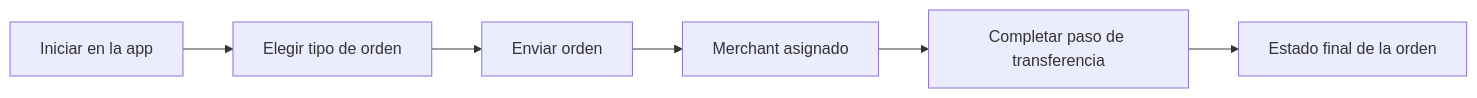
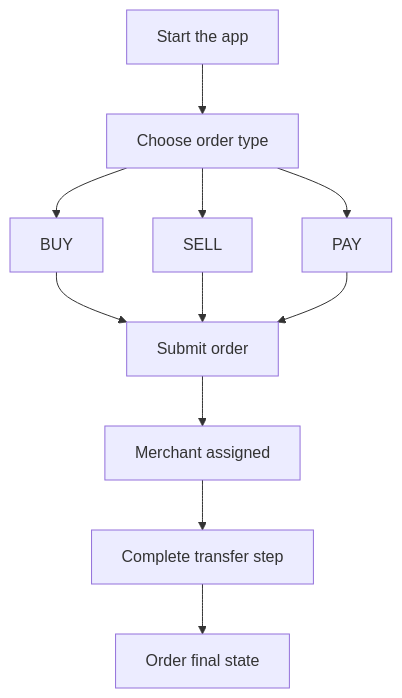
Before and after one commit to uditstocks/docs.p2pdotme: the diagram in translations/es/for-users/how-to-place-an-order.md, drawn with Mermaid. The commit also changed other lines of this file and 263 other files, not shown here.

````diff
--- a/translations/es/for-users/how-to-place-an-order.md
+++ b/translations/es/for-users/how-to-place-an-order.md
@@ -13,8 +13,13 @@
 ```mermaid
-flowchart LR
-    start[Iniciar en la app] --> choose[Elegir tipo de orden]
-    choose --> submit[Enviar orden]
-    submit --> assign[Merchant asignado]
-    assign --> transfer[Completar paso de transferencia]
-    transfer --> finish[Estado final de la orden]
+flowchart TD
+    start[Start the app] --> choose[Choose order type]
+    choose --> buy[BUY]
+    choose --> sell[SELL]
+    choose --> pay[PAY]
+    buy --> submit[Submit order]
+    sell --> submit[Submit order]
+    pay --> submit[Submit order]
+    submit --> assign[Merchant assigned]
+    assign --> transfer[Complete transfer step]
+    transfer --> finish[Order final state]
 ```
````
